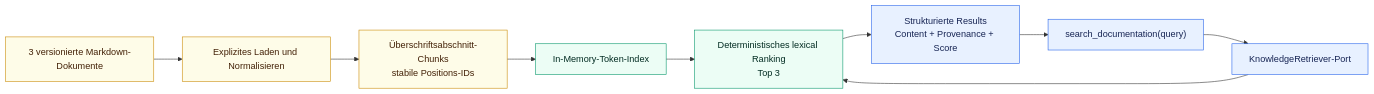
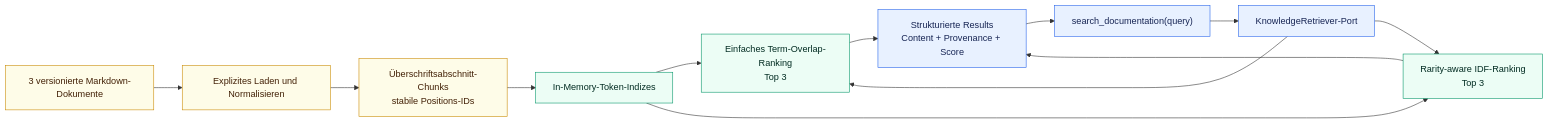
The second of 8 diagrams in docs/architecture/overview.de.md (aboerzel/industrial-ai-agent), drawn with Mermaid before and after one commit. The commit also changed other lines of this file and 9 other files, not shown here.

````diff
--- a/docs/architecture/overview.de.md
+++ b/docs/architecture/overview.de.md
@@ -72,18 +75,21 @@
 ```mermaid
 flowchart LR
     Docs["3 versionierte Markdown-Dokumente"] --> Load["Explizites Laden und Normalisieren"]
     Load --> Chunk["Überschriftsabschnitt-Chunks<br/>stabile Positions-IDs"]
-    Chunk --> Index["In-Memory-Token-Index"]
+    Chunk --> Index["In-Memory-Token-Indizes"]
     Query["search_documentation(query)"] --> Port["KnowledgeRetriever-Port"]
-    Port --> Search["Deterministisches lexical Ranking<br/>Top 3"]
-    Index --> Search
-    Search --> Results["Strukturierte Results<br/>Content + Provenance + Score"]
+    Port --> Simple["Einfaches Term-Overlap-Ranking<br/>Top 3"]
+    Port --> IDFSearch["Rarity-aware IDF-Ranking<br/>Top 3"]
+    Index --> Simple
+    Index --> IDFSearch
+    Simple --> Results["Strukturierte Results<br/>Content + Provenance + Score"]
+    IDFSearch --> Results
     Results --> Query
 
     classDef data fill:#fefce8,stroke:#ca8a04,color:#422006
     classDef core fill:#e8f1ff,stroke:#2563eb,color:#172554
     classDef adapter fill:#ecfdf5,stroke:#059669,color:#022c22
     class Docs,Load,Chunk data
     class Query,Port,Results core
-    class Index,Search adapter
+    class Index,Simple,IDFSearch adapter
 ```
````
